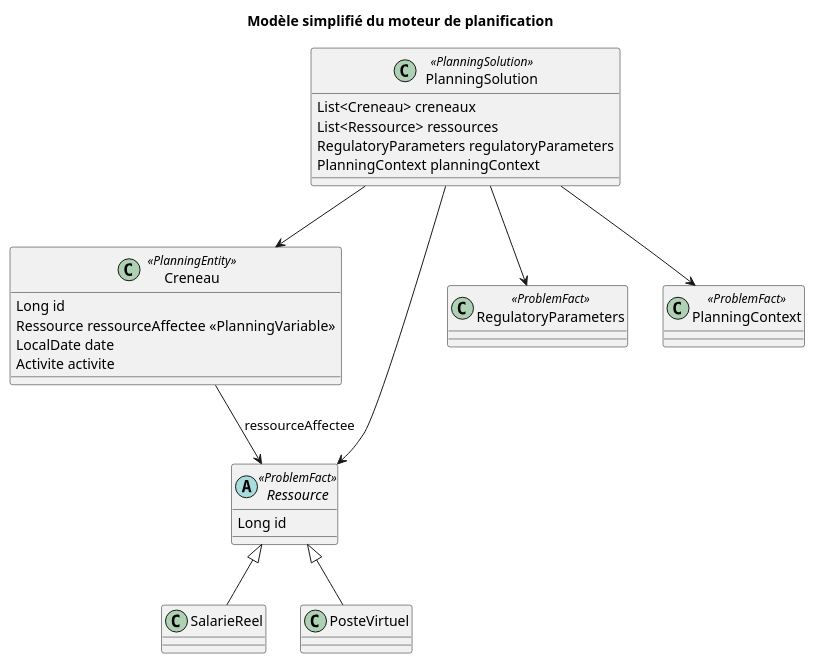
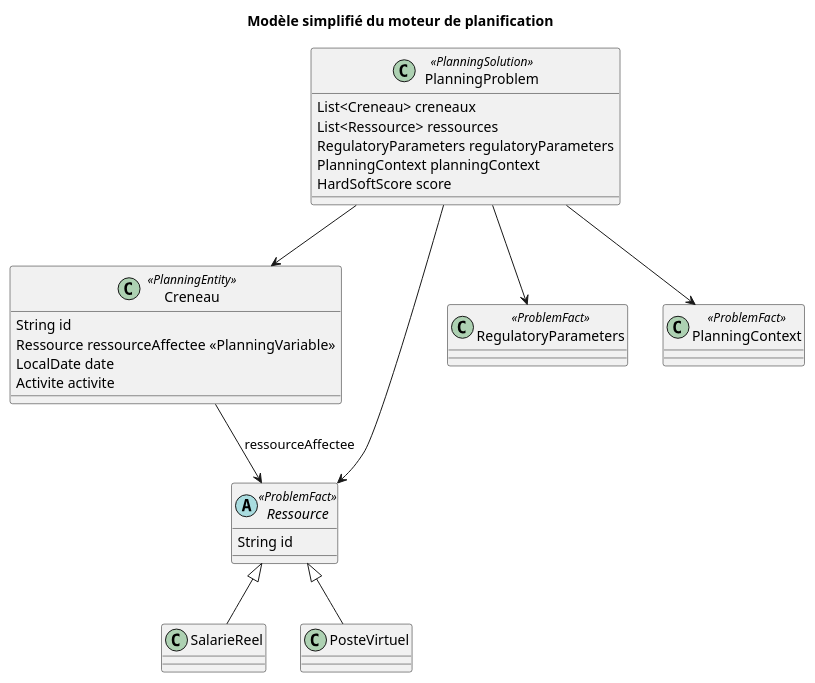
One commit to cpovereau/ocealia-planning-engine changed the diagram in docs/30_UML_SOLVER_SIMPLIFIE.md. Above: the diagram before and after it, drawn with PlantUML. The commit also changed other lines of this file and 15 other files, not shown here.

````diff
--- a/docs/30_UML_SOLVER_SIMPLIFIE.md
+++ b/docs/30_UML_SOLVER_SIMPLIFIE.md
@@ -7,41 +7,42 @@
 ```plantuml
 @startuml
 
 title Modèle simplifié du moteur de planification
 
-class PlanningSolution <<PlanningSolution>> {
+class PlanningProblem <<PlanningSolution>> {
     List<Creneau> creneaux
     List<Ressource> ressources
     RegulatoryParameters regulatoryParameters
     PlanningContext planningContext
+    HardSoftScore score
 }
 
 class Creneau <<PlanningEntity>> {
-    Long id
+    String id
     Ressource ressourceAffectee <<PlanningVariable>>
     LocalDate date
     Activite activite
 }
 
 abstract class Ressource <<ProblemFact>> {
-    Long id
+    String id
 }
 
 class SalarieReel
 class PosteVirtuel
 
 class RegulatoryParameters <<ProblemFact>>
 class PlanningContext <<ProblemFact>>
 
 Ressource <|-- SalarieReel
 Ressource <|-- PosteVirtuel
 
-PlanningSolution --> Creneau
-PlanningSolution --> Ressource
-PlanningSolution --> RegulatoryParameters
-PlanningSolution --> PlanningContext
+PlanningProblem --> Creneau
+PlanningProblem --> Ressource
+PlanningProblem --> RegulatoryParameters
+PlanningProblem --> PlanningContext
 
 Creneau --> Ressource : ressourceAffectee
 
 @enduml
 ```
````
